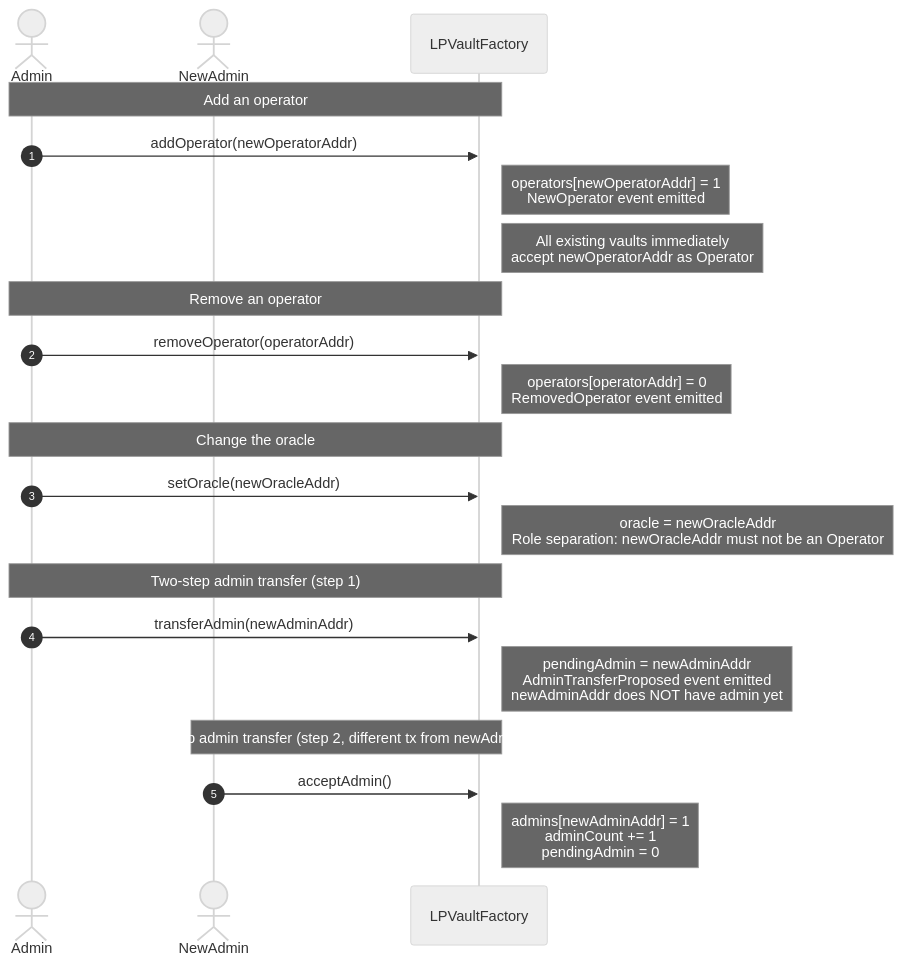
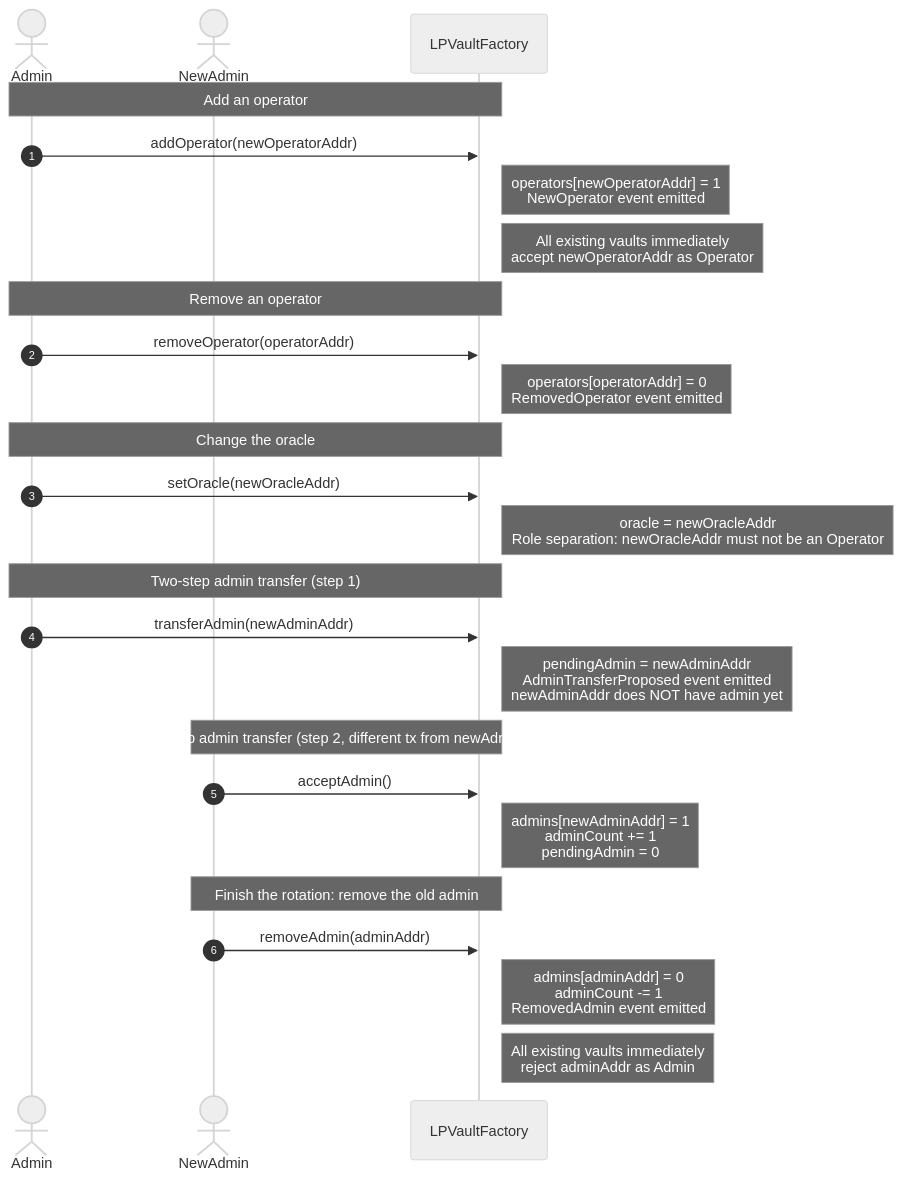
Before and after one commit to ProphetMarket/lp-vaults: diagram 11 of 12 in FLOWS.md, drawn with Mermaid (neutral theme). The commit also changed other lines of this file and 3 other files, not shown here.

First line of the commit message:
chore (vault): Document removing the old admin

````diff
--- a/FLOWS.md
+++ b/FLOWS.md
@@ -345,28 +345,33 @@
 ```mermaid
 sequenceDiagram
     autonumber
     actor Admin
     actor NewAdmin
     participant Factory as LPVaultFactory
 
     Note over Admin,Factory: Add an operator
     Admin->>Factory: addOperator(newOperatorAddr)
     Note right of Factory: operators[newOperatorAddr] = 1<br/>NewOperator event emitted
     Note right of Factory: All existing vaults immediately<br/>accept newOperatorAddr as Operator
 
     Note over Admin,Factory: Remove an operator
     Admin->>Factory: removeOperator(operatorAddr)
     Note right of Factory: operators[operatorAddr] = 0<br/>RemovedOperator event emitted
 
     Note over Admin,Factory: Change the oracle
     Admin->>Factory: setOracle(newOracleAddr)
     Note right of Factory: oracle = newOracleAddr<br/>Role separation: newOracleAddr must not be an Operator
 
     Note over Admin,Factory: Two-step admin transfer (step 1)
     Admin->>Factory: transferAdmin(newAdminAddr)
     Note right of Factory: pendingAdmin = newAdminAddr<br/>AdminTransferProposed event emitted<br/>newAdminAddr does NOT have admin yet
 
     Note over NewAdmin,Factory: Two-step admin transfer (step 2, different tx from newAdminAddr)
     NewAdmin->>Factory: acceptAdmin()
     Note right of Factory: admins[newAdminAddr] = 1<br/>adminCount += 1<br/>pendingAdmin = 0
+
+    Note over NewAdmin,Factory: Finish the rotation: remove the old admin
+    NewAdmin->>Factory: removeAdmin(adminAddr)
+    Note right of Factory: admins[adminAddr] = 0<br/>adminCount -= 1<br/>RemovedAdmin event emitted
+    Note right of Factory: All existing vaults immediately<br/>reject adminAddr as Admin
 ```
````
